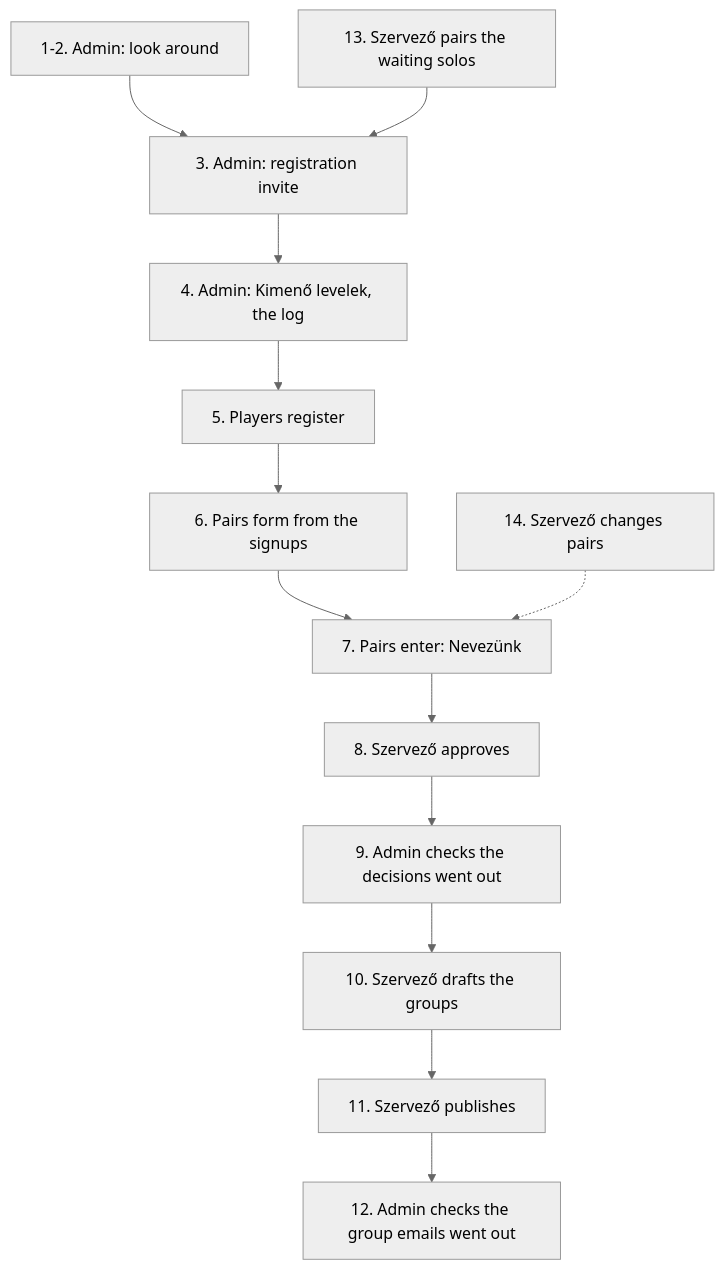
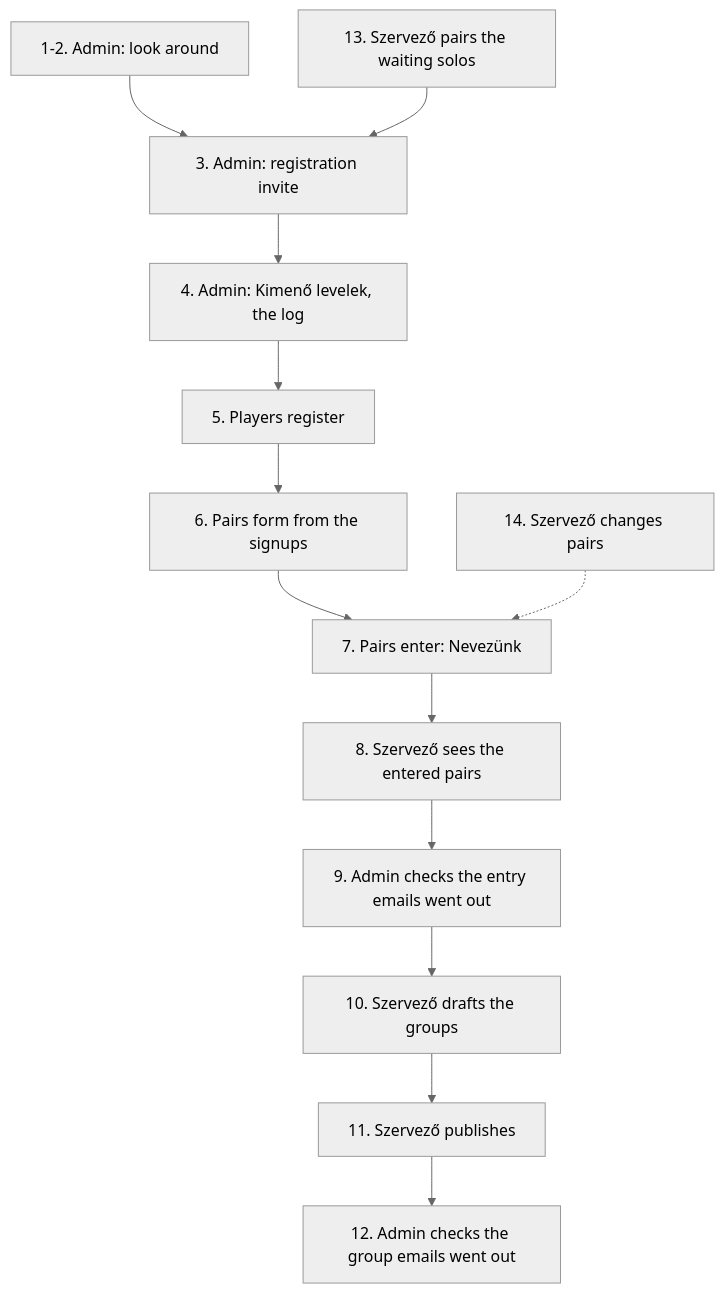
The diagram in docs/walkthrough.md (devel0peter/padel-liga), drawn with Mermaid (neutral theme) before and after one commit. The commit also changed other lines of this file and 37 other files, not shown here.

````diff
--- a/docs/walkthrough.md
+++ b/docs/walkthrough.md
@@ -90,15 +90,15 @@
 ```mermaid
 flowchart TD
   A["1-2. Admin: look around"] --> B["3. Admin: registration invite"]
   B --> C["4. Admin: Kimenő levelek, the log"]
   C --> D["5. Players register"]
   D --> E["6. Pairs form from the signups"]
   E --> F["7. Pairs enter: Nevezünk"]
-  F --> G["8. Szervező approves"]
-  G --> H["9. Admin checks the decisions went out"]
+  F --> G["8. Szervező sees the entered pairs"]
+  G --> H["9. Admin checks the entry emails went out"]
   H --> I["10. Szervező drafts the groups"]
   I --> J["11. Szervező publishes"]
   J --> K["12. Admin checks the group emails went out"]
   L["13. Szervező pairs the waiting solos"] --> B
   M["14. Szervező changes pairs"] -.-> F
 ```
````
